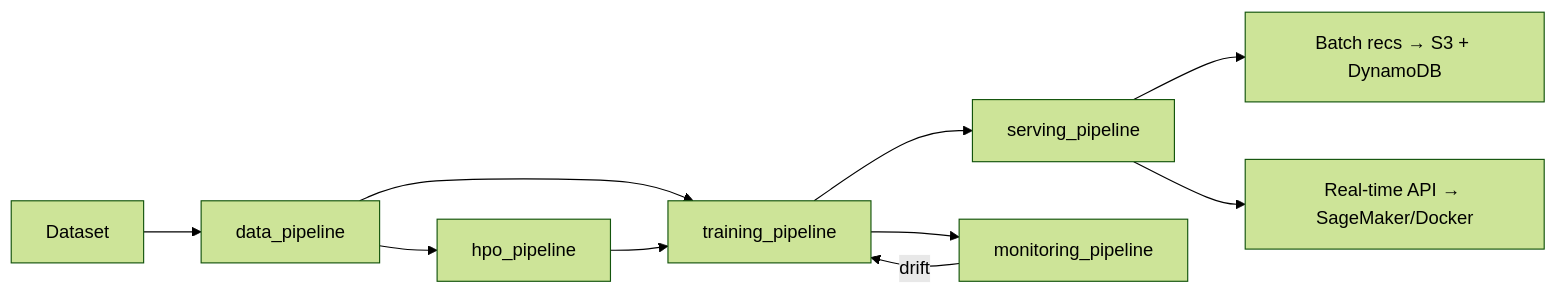
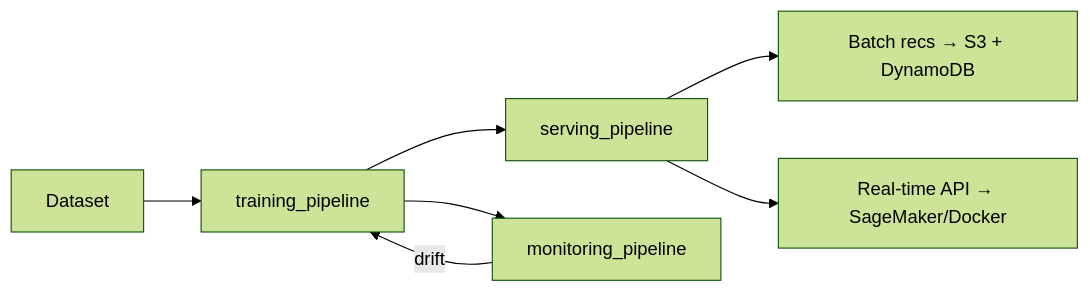
One commit to sagadana/zenml-mlops changed the diagram in README.md. Above: the diagram before and after it, drawn with Mermaid (forest theme). The commit also changed other lines of this file and 16 other files, not shown here.

````diff
--- a/README.md
+++ b/README.md
@@ -7,13 +7,10 @@
 ```mermaid
 graph LR
-    D[Dataset] --> DP[data_pipeline]
-    DP --> HP[hpo_pipeline]
-    DP --> TP[training_pipeline]
-    HP --> TP
+    D[Dataset] --> TP[training_pipeline]
     TP --> SP[serving_pipeline]
     TP --> MP[monitoring_pipeline]
     MP -->|drift| TP
 
     SP --> B[Batch recs → S3 + DynamoDB]
     SP --> R[Real-time API → SageMaker/Docker]
 ```
````
